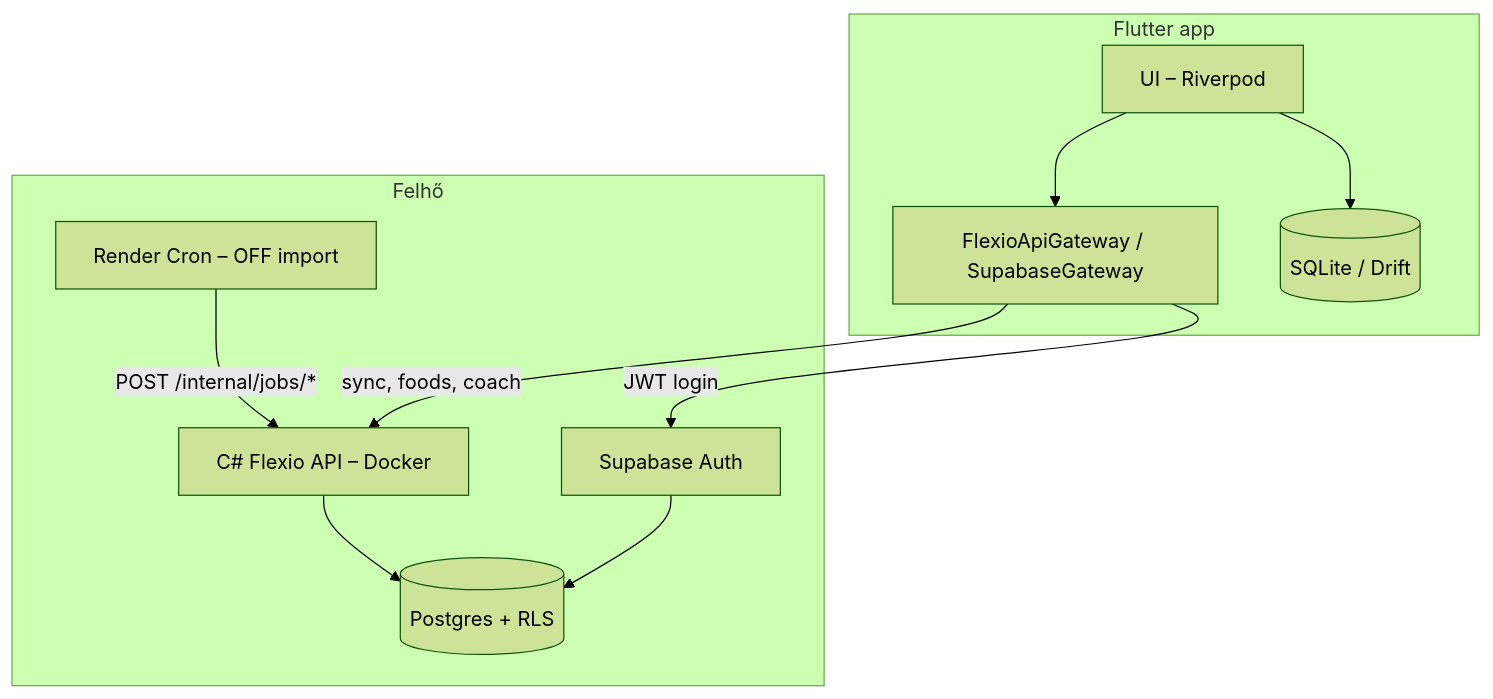
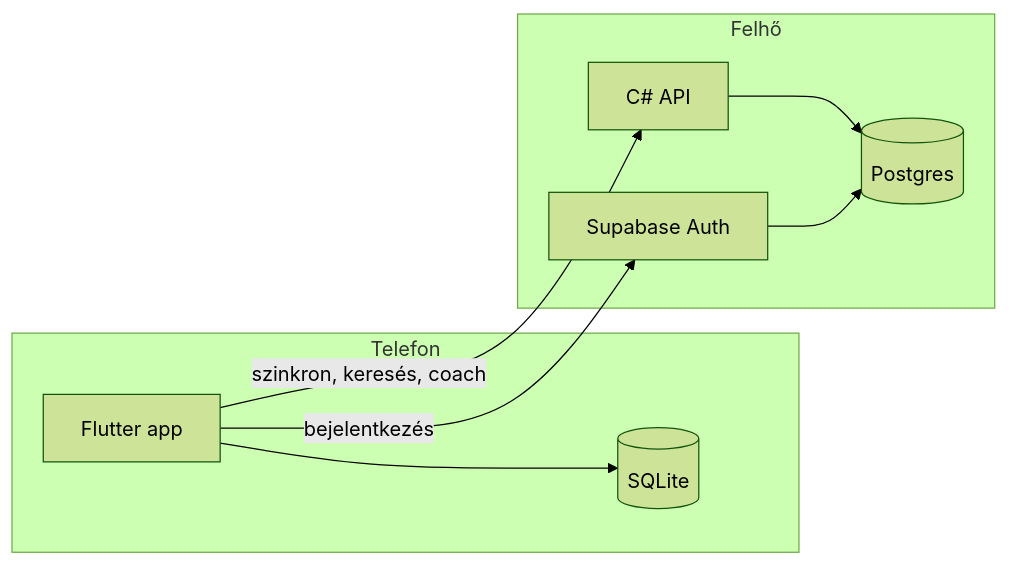
One commit to bogszibarack/Flexio-2.0 changed the diagram in README.md. Above: the diagram before and after it, drawn with Mermaid (forest theme). The commit also changed other lines of this file, not shown here.

````diff
--- a/README.md
+++ b/README.md
@@ -148,23 +90,19 @@
 ```mermaid
-flowchart TB
-  subgraph client [Flutter app]
-    UI[UI – Riverpod]
-    Local[(SQLite / Drift)]
-    GW[FlexioApiGateway / SupabaseGateway]
+flowchart LR
+  subgraph phone [Telefon]
+    App[Flutter app]
+    DB[(SQLite)]
   end
 
   subgraph cloud [Felhő]
     Auth[Supabase Auth]
-    DB[(Postgres + RLS)]
-    API[C# Flexio API – Docker]
-    Cron[Render Cron – OFF import]
+    PG[(Postgres)]
+    API[C# API]
   end
 
-  UI --> Local
-  UI --> GW
-  GW -->|JWT login| Auth
-  GW -->|sync, foods, coach| API
-  API --> DB
-  Cron -->|POST /internal/jobs/*| API
-  Auth --> DB
+  App --> DB
+  App -->|bejelentkezés| Auth
+  App -->|szinkron, keresés, coach| API
+  API --> PG
+  Auth --> PG
 ```
````
